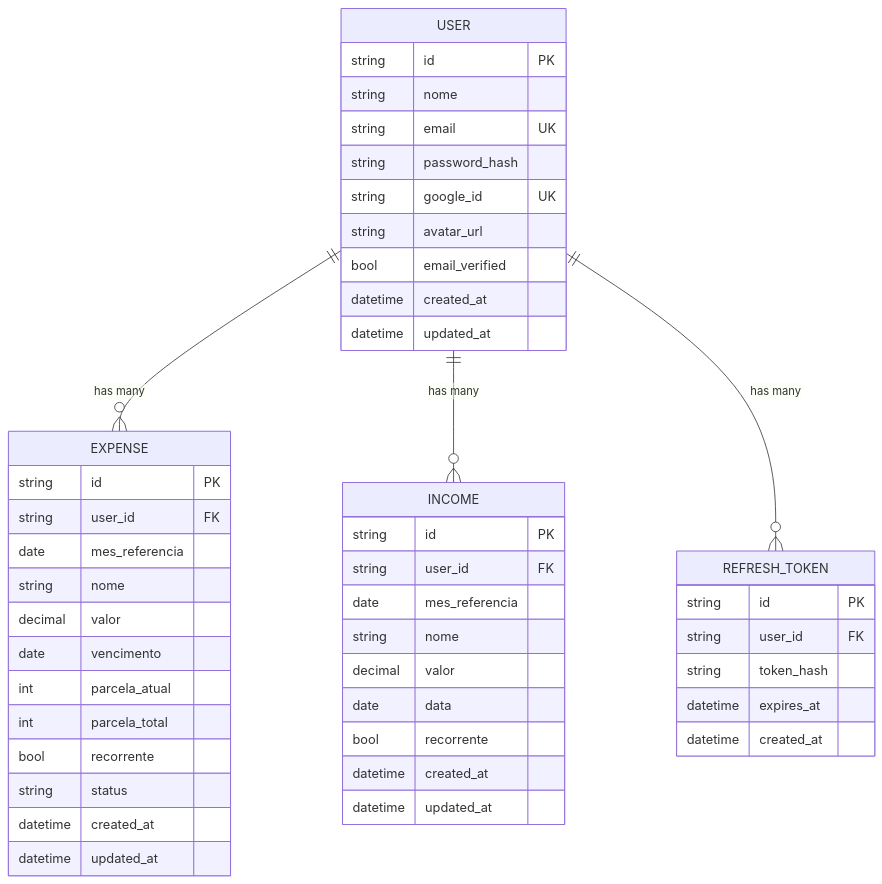
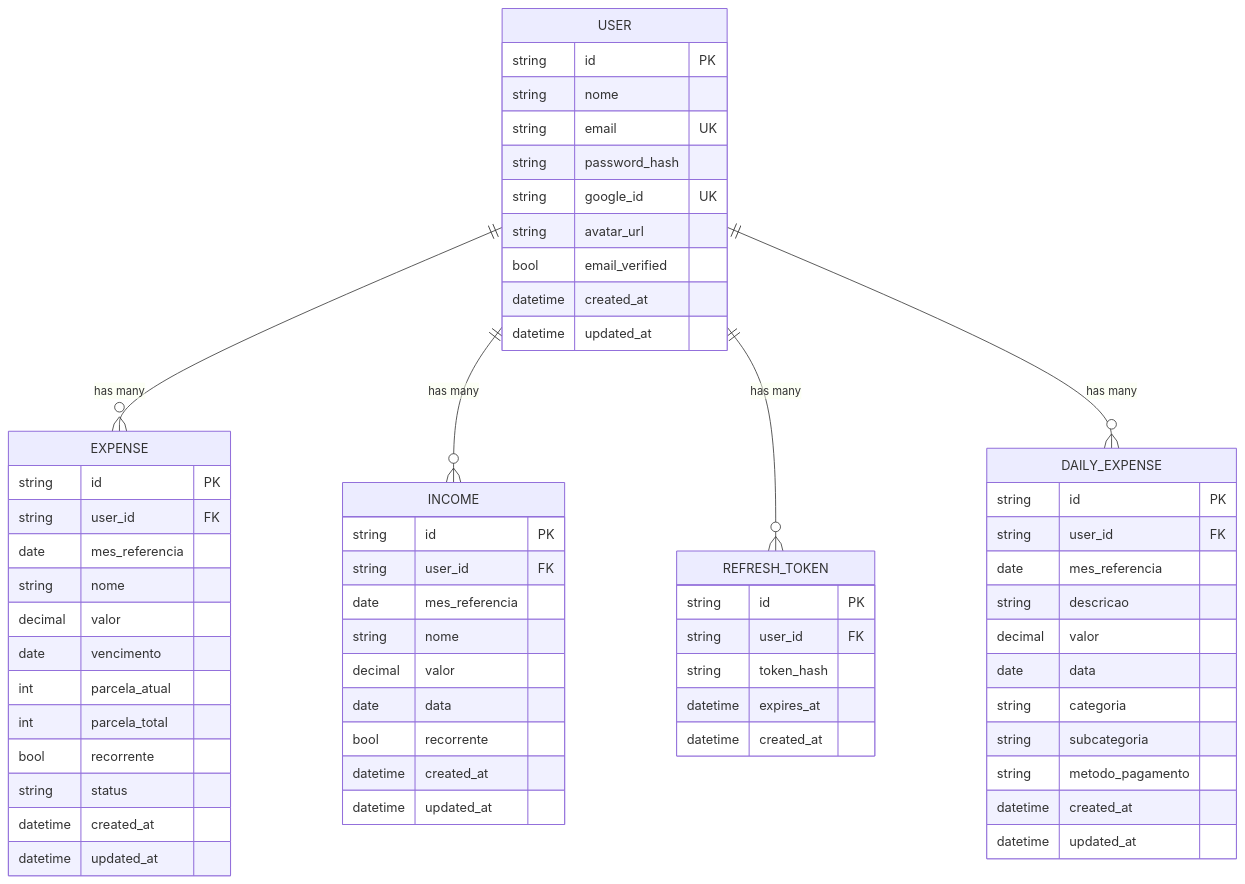
The second of 3 diagrams in docs/02-ARCHITECTURE.md (RafaelPeixoto01/meu-controle), drawn with Mermaid before and after one commit. The commit also changed other lines of this file and 7 other files, not shown here.

First line of the commit message:
docs: CR-005 — update PRD, Architecture, Spec, and all project docs

````diff
--- a/docs/02-ARCHITECTURE.md
+++ b/docs/02-ARCHITECTURE.md
@@ -184,50 +194,64 @@
 ```mermaid
 erDiagram
     USER ||--o{ EXPENSE : "has many"
     USER ||--o{ INCOME : "has many"
     USER ||--o{ REFRESH_TOKEN : "has many"
+    USER ||--o{ DAILY_EXPENSE : "has many"
 
     USER {
         string id PK
         string nome
         string email UK
         string password_hash
         string google_id UK
         string avatar_url
         bool email_verified
         datetime created_at
         datetime updated_at
     }
     EXPENSE {
         string id PK
         string user_id FK
         date mes_referencia
         string nome
         decimal valor
         date vencimento
         int parcela_atual
         int parcela_total
         bool recorrente
         string status
         datetime created_at
         datetime updated_at
     }
     INCOME {
         string id PK
         string user_id FK
         date mes_referencia
         string nome
         decimal valor
         date data
         bool recorrente
         datetime created_at
         datetime updated_at
     }
     REFRESH_TOKEN {
         string id PK
         string user_id FK
         string token_hash
         datetime expires_at
         datetime created_at
     }
+    DAILY_EXPENSE {
+        string id PK
+        string user_id FK
+        date mes_referencia
+        string descricao
+        decimal valor
+        date data
+        string categoria
+        string subcategoria
+        string metodo_pagamento
+        datetime created_at
+        datetime updated_at
+    }
 ```
````
